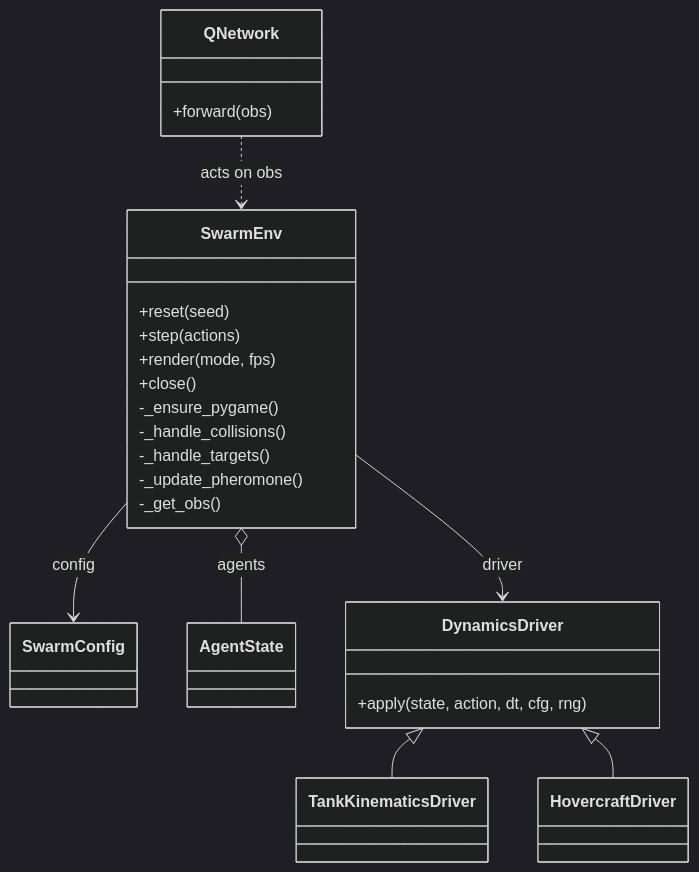
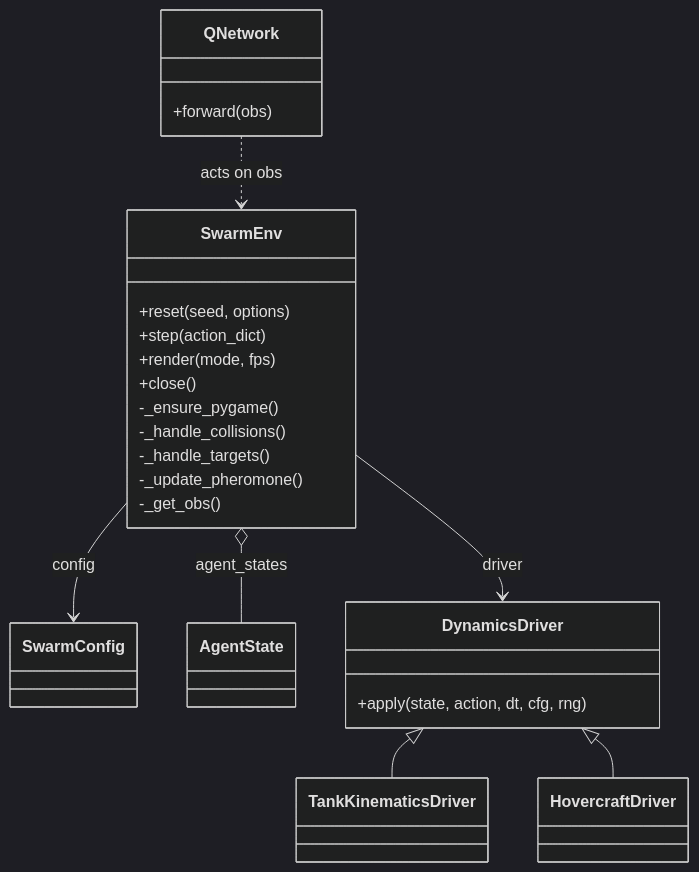
Before and after one commit to titancoder12/swarm_robotic_rl: the third of 6 diagrams in docs/UML.md, drawn with Mermaid (dark theme). The commit also changed other lines of this file and 5 other files, not shown here.

````diff
--- a/docs/UML.md
+++ b/docs/UML.md
@@ -52,34 +52,34 @@
 ```mermaid
 classDiagram
   class SwarmEnv {
-    +reset(seed)
-    +step(actions)
+    +reset(seed, options)
+    +step(action_dict)
     +render(mode, fps)
     +close()
     -_ensure_pygame()
     -_handle_collisions()
     -_handle_targets()
     -_update_pheromone()
     -_get_obs()
   }
 
   class SwarmConfig
   class AgentState
 
   class DynamicsDriver {
     +apply(state, action, dt, cfg, rng)
   }
   class TankKinematicsDriver
   class HovercraftDriver
 
   class QNetwork {
     +forward(obs)
   }
 
   SwarmEnv --> SwarmConfig : config
-  SwarmEnv o-- AgentState : agents
+  SwarmEnv o-- AgentState : agent_states
   SwarmEnv --> DynamicsDriver : driver
   DynamicsDriver <|-- TankKinematicsDriver
   DynamicsDriver <|-- HovercraftDriver
   QNetwork ..> SwarmEnv : acts on obs
 ```
````
